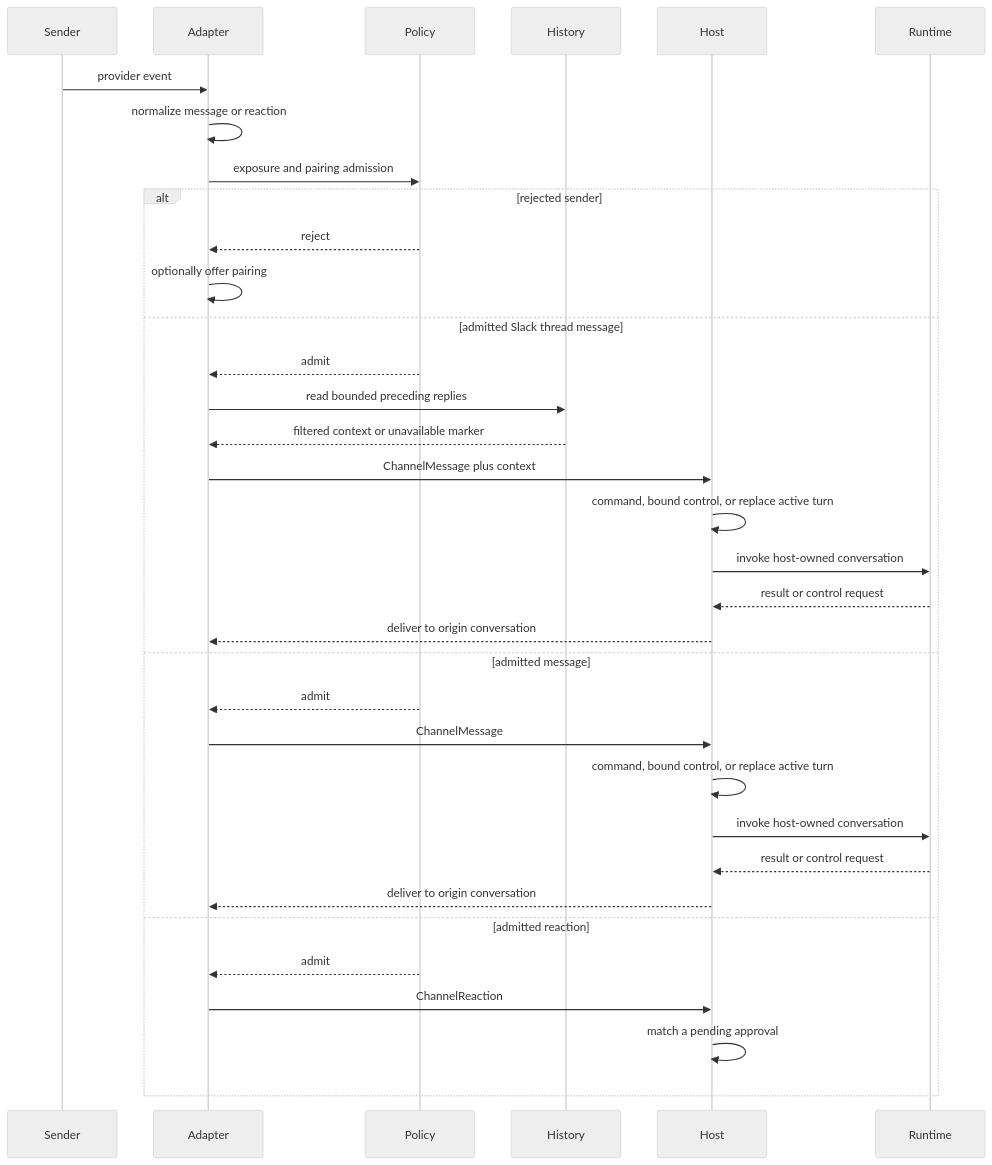
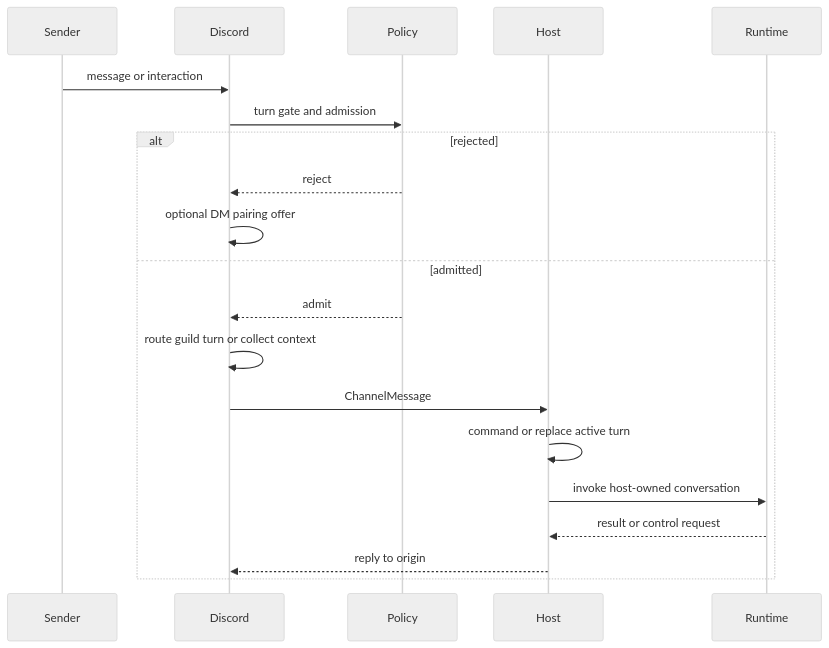
Before and after one commit to langchain-ai/deepagents: the diagram in openwiki/concepts/talon-channel-admission.md, drawn with Mermaid (neutral theme). The commit also changed other lines of this file and 37 other files, not shown here.

````diff
--- a/openwiki/concepts/talon-channel-admission.md
+++ b/openwiki/concepts/talon-channel-admission.md
@@ -63,37 +55,23 @@
 ```mermaid
 sequenceDiagram
     participant Sender
-    participant Adapter
+    participant Discord
     participant Policy
-    participant History
     participant Host
     participant Runtime
 
-    Sender->>Adapter: provider event
-    Adapter->>Adapter: normalize message or reaction
-    Adapter->>Policy: exposure and pairing admission
-    alt rejected sender
-        Policy-->>Adapter: reject
-        Adapter->>Adapter: optionally offer pairing
-    else admitted Slack thread message
-        Policy-->>Adapter: admit
-        Adapter->>History: read bounded preceding replies
-        History-->>Adapter: filtered context or unavailable marker
-        Adapter->>Host: ChannelMessage plus context
-        Host->>Host: command, bound control, or replace active turn
+    Sender->>Discord: message or interaction
+    Discord->>Policy: turn gate and admission
+    alt rejected
+        Policy-->>Discord: reject
+        Discord->>Discord: optional DM pairing offer
+    else admitted
+        Policy-->>Discord: admit
+        Discord->>Discord: route guild turn or collect context
+        Discord->>Host: ChannelMessage
+        Host->>Host: command or replace active turn
         Host->>Runtime: invoke host-owned conversation
         Runtime-->>Host: result or control request
-        Host-->>Adapter: deliver to origin conversation
-    else admitted message
-        Policy-->>Adapter: admit
-        Adapter->>Host: ChannelMessage
-        Host->>Host: command, bound control, or replace active turn
-        Host->>Runtime: invoke host-owned conversation
-        Runtime-->>Host: result or control request
-        Host-->>Adapter: deliver to origin conversation
-    else admitted reaction
-        Policy-->>Adapter: admit
-        Adapter->>Host: ChannelReaction
-        Host->>Host: match a pending approval
+        Host-->>Discord: reply to origin
     end
 ```
````
